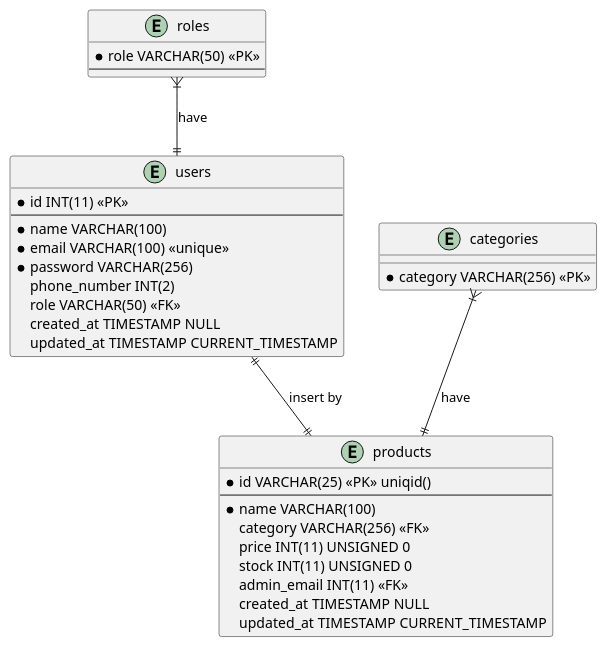
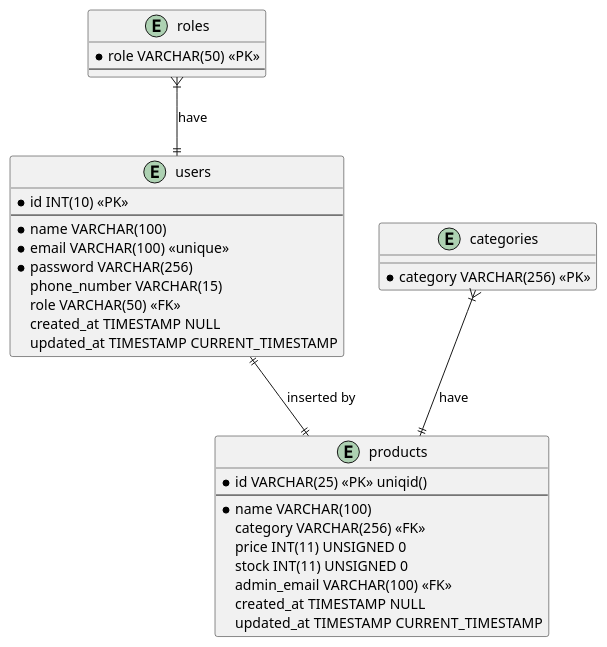
Before and after one commit to doniduaasattuu/product-inventory: the diagram in docs/product-inventory.puml, drawn with PlantUML. The commit also changed 36 other files, not shown here.

```diff
--- a/docs/product-inventory.puml
+++ b/docs/product-inventory.puml
@@ -1,40 +1,40 @@
 @startuml product inventory
 
     entity roles {
         * role VARCHAR(50) <<PK>>
         --
     }
 
     entity users {
-        * id INT(11) <<PK>>
+        * id INT(10) <<PK>>
         --
         * name VARCHAR(100)
         * email VARCHAR(100) <<unique>>
         * password VARCHAR(256)
-          phone_number INT(2)
+          phone_number VARCHAR(15)
           role VARCHAR(50) <<FK>>
           created_at TIMESTAMP NULL
           updated_at TIMESTAMP CURRENT_TIMESTAMP
     }
 
     entity categories {
         * category VARCHAR(256) <<PK>>
     }
 
     entity products {
         * id VARCHAR(25) <<PK>> uniqid()
         --
         * name VARCHAR(100)
           category VARCHAR(256) <<FK>>
           price INT(11) UNSIGNED 0
           stock INT(11) UNSIGNED 0
-          admin_email INT(11) <<FK>>
+          admin_email VARCHAR(100) <<FK>>
           created_at TIMESTAMP NULL
           updated_at TIMESTAMP CURRENT_TIMESTAMP
     }
 
    roles }|--|| users : have
    categories }|--|| products : have
-   users ||--|| products : insert by
+   users ||--|| products : inserted by
 
 @enduml
```
